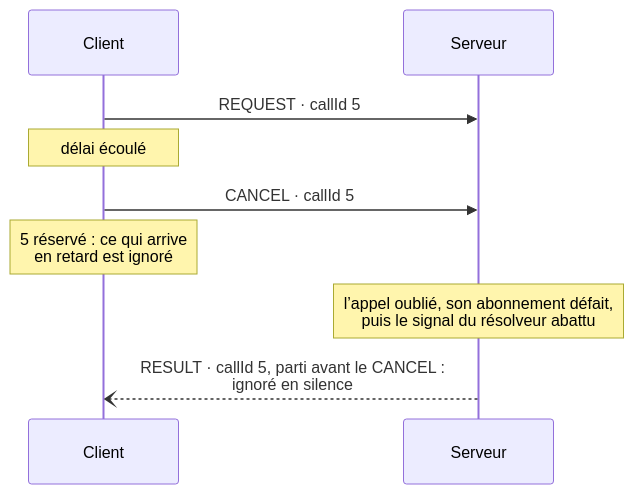
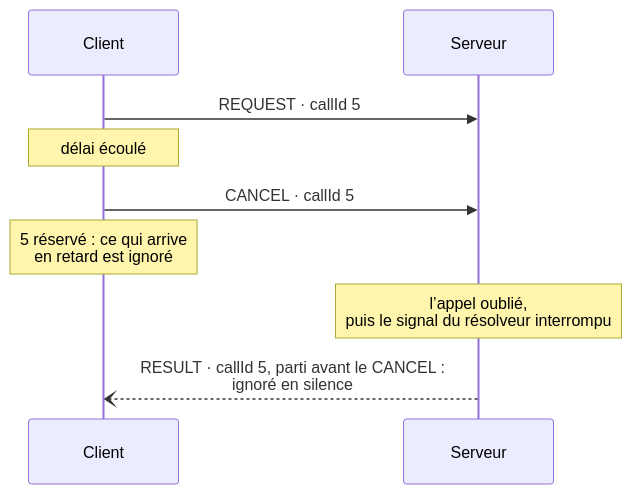
Before and after one commit to francisdesjardins/bead: the diagram in site/diagrams/fr/cancel.mmd, drawn with Mermaid. The commit also changed 9 other files, not shown here.

```diff
--- a/site/diagrams/fr/cancel.mmd
+++ b/site/diagrams/fr/cancel.mmd
@@ -1,9 +1,9 @@
 sequenceDiagram
   participant C as Client
   participant S as Serveur
   C->>S: REQUEST · callId 5
   Note over C: délai écoulé
   C->>S: CANCEL · callId 5
   Note over C: 5 réservé : ce qui arrive<br/>en retard est ignoré
-  Note over S: l’appel oublié, son abonnement défait,<br/>puis le signal du résolveur abattu
+  Note over S: l’appel oublié,<br/>puis le signal du résolveur interrompu
   S--)C: RESULT · callId 5, parti avant le CANCEL :<br/>ignoré en silence
```
